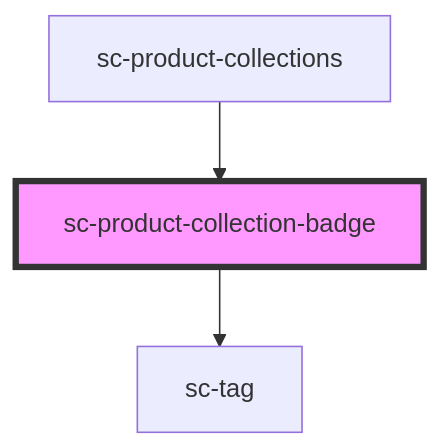
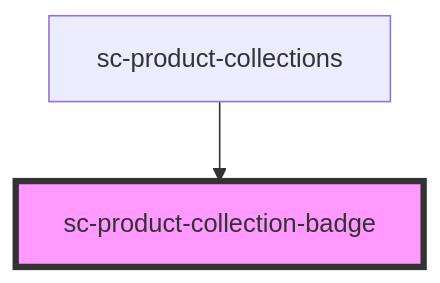
Before and after one commit to surecart/surecart-wp-plugin: the diagram in packages/components/src/components/controllers/product/sc-product-collection-badge/readme.md, drawn with Mermaid. The commit also changed other lines of this file and 10 other files, not shown here.

Commit message:
Update the product collection badge to be more customizable

````diff
--- a/packages/components/src/components/controllers/product/sc-product-collection-badge/readme.md
+++ b/packages/components/src/components/controllers/product/sc-product-collection-badge/readme.md
@@ -29,6 +22,5 @@
 ```mermaid
 graph TD;
-  sc-product-collection-badge --> sc-tag
   sc-product-collections --> sc-product-collection-badge
   style sc-product-collection-badge fill:#f9f,stroke:#333,stroke-width:4px
 ```
````
